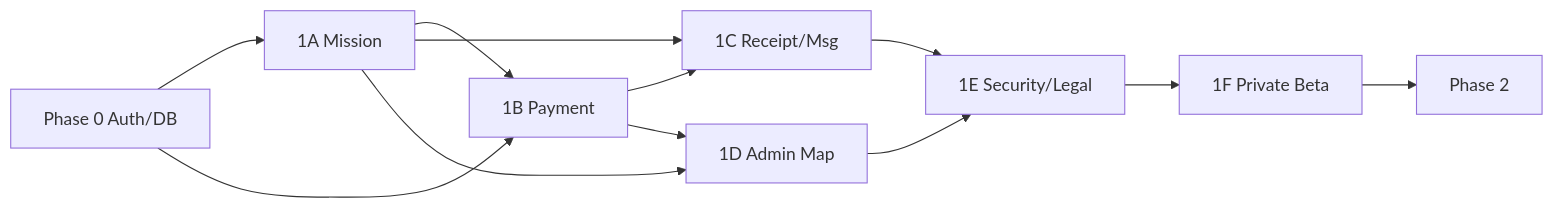
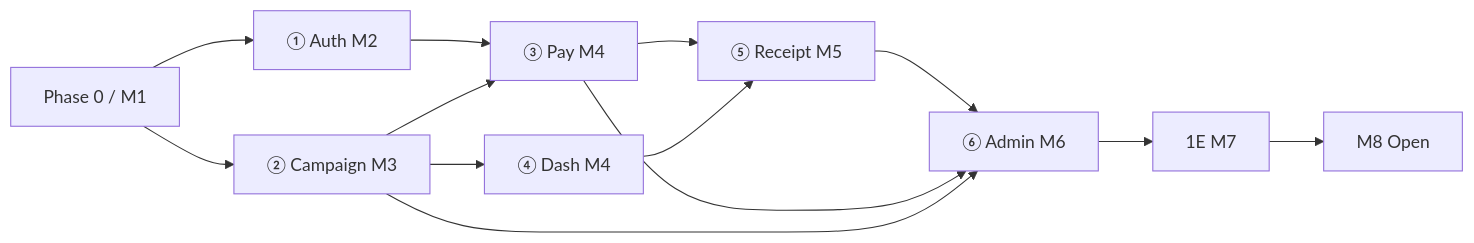
The diagram in doc/05_PHASE_ROADMAP.md (deokhokim911/ywamkoreafund), drawn with Mermaid before and after one commit. The commit also changed other lines of this file and 34 other files, not shown here.

````diff
--- a/doc/05_PHASE_ROADMAP.md
+++ b/doc/05_PHASE_ROADMAP.md
@@ -116,14 +141,15 @@
 ```mermaid
 flowchart LR
-  P0[Phase 0 Auth/DB] --> P1A[1A Mission]
-  P0 --> P1B[1B Payment]
-  P1A --> P1B
-  P1B --> P1C[1C Receipt/Msg]
-  P1A --> P1C
-  P1A --> P1D[1D Admin Map]
-  P1B --> P1D
-  P1C --> P1E[1E Security/Legal]
-  P1D --> P1E
-  P1E --> P1F[1F Private Beta]
-  P1F --> P2[Phase 2]
+  P0[Phase 0 / M1] --> Auth[① Auth M2]
+  P0 --> Camp[② Campaign M3]
+  Auth --> Pay[③ Pay M4]
+  Camp --> Pay
+  Camp --> Dash[④ Dash M4]
+  Pay --> Rec[⑤ Receipt M5]
+  Dash --> Rec
+  Rec --> Adm[⑥ Admin M6]
+  Pay --> Adm
+  Camp --> Adm
+  Adm --> Live[1E M7]
+  Live --> Open[M8 Open]
 ```
````
